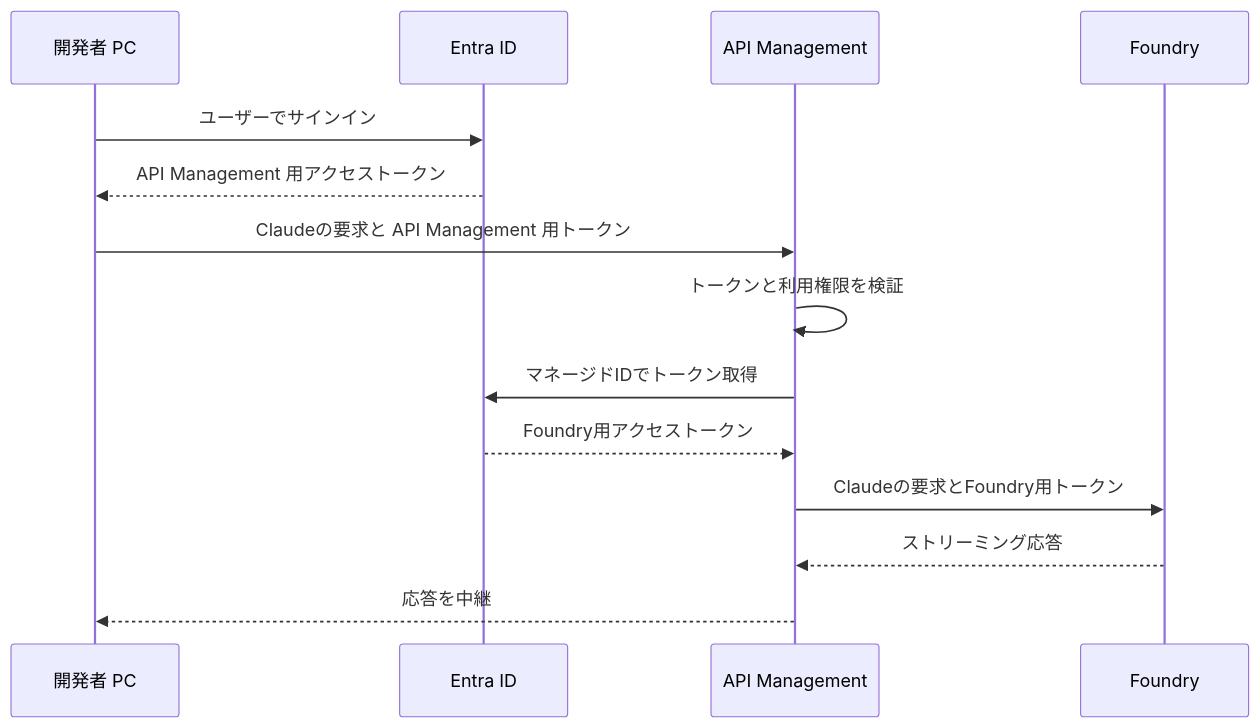
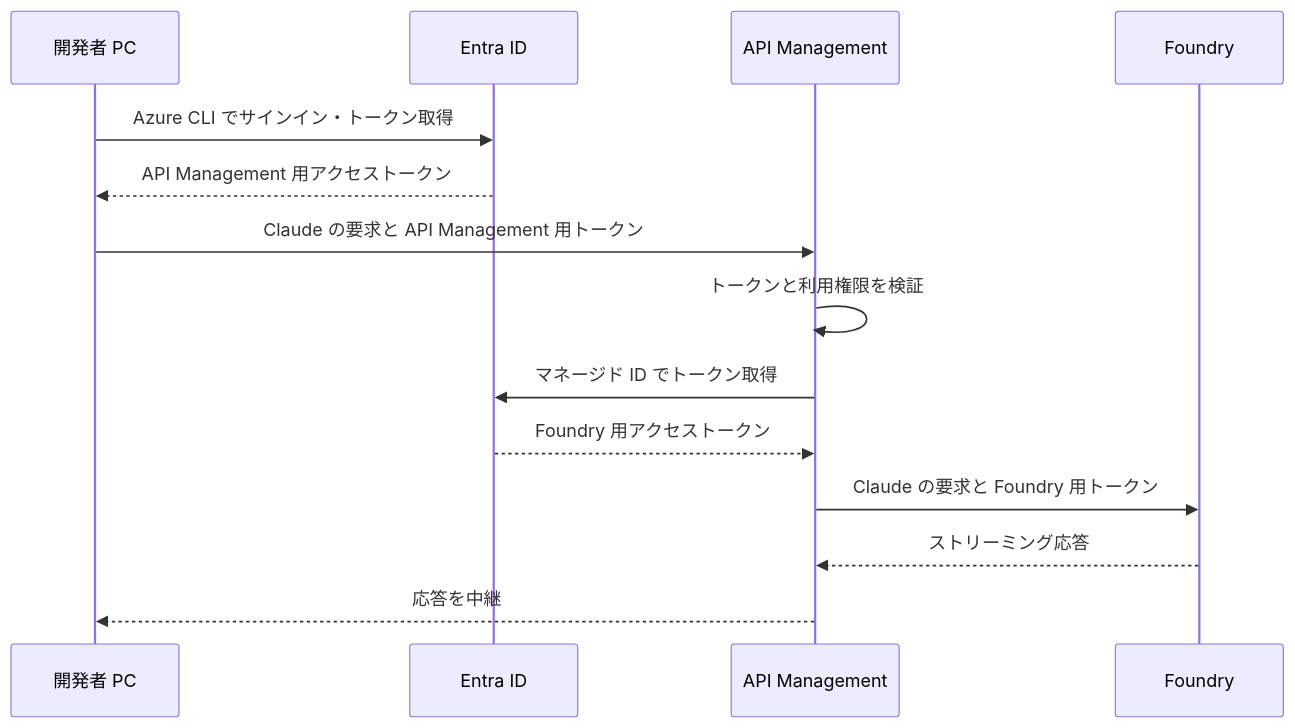
One commit to Yuichi-Ikeda/Claude-Code-with-Foundry changed the diagram in README.md. Above: the diagram before and after it, drawn with Mermaid. The commit also changed other lines of this file, not shown here.

First line of the commit message:
Update README.md to enhance clarity and structure for using Claude Code with Microsoft Foundry

````diff
--- a/README.md
+++ b/README.md
@@ -12,17 +24,17 @@
 ```mermaid
 sequenceDiagram
     participant PC as 開発者 PC
     participant E as Entra ID
     participant A as API Management
     participant F as Foundry
 
-    PC->>E: ユーザーでサインイン
+    PC->>E: Azure CLI でサインイン・トークン取得
     E-->>PC: API Management 用アクセストークン
-    PC->>A: Claudeの要求と API Management 用トークン
+    PC->>A: Claude の要求と API Management 用トークン
     A->>A: トークンと利用権限を検証
-    A->>E: マネージドIDでトークン取得
-    E-->>A: Foundry用アクセストークン
-    A->>F: Claudeの要求とFoundry用トークン
+    A->>E: マネージド ID でトークン取得
+    E-->>A: Foundry 用アクセストークン
+    A->>F: Claude の要求と Foundry 用トークン
     F-->>A: ストリーミング応答
     A-->>PC: 応答を中継
 ```
````
